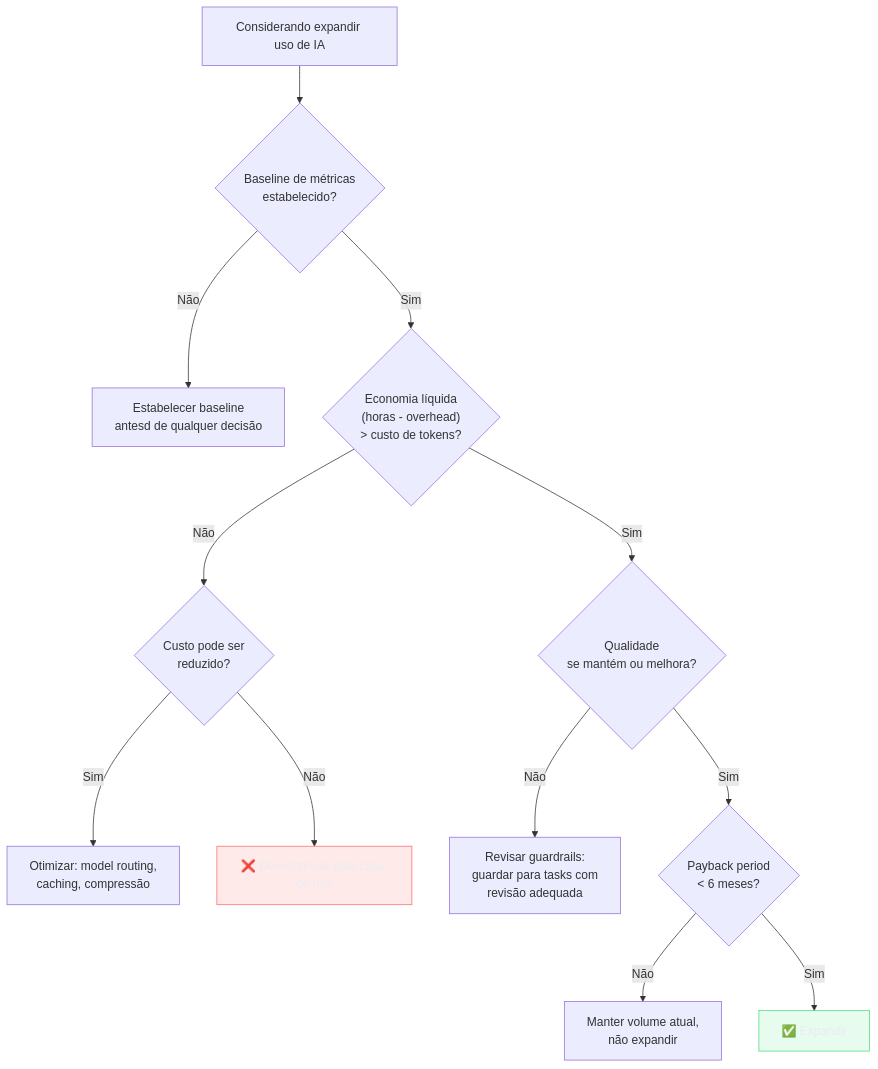
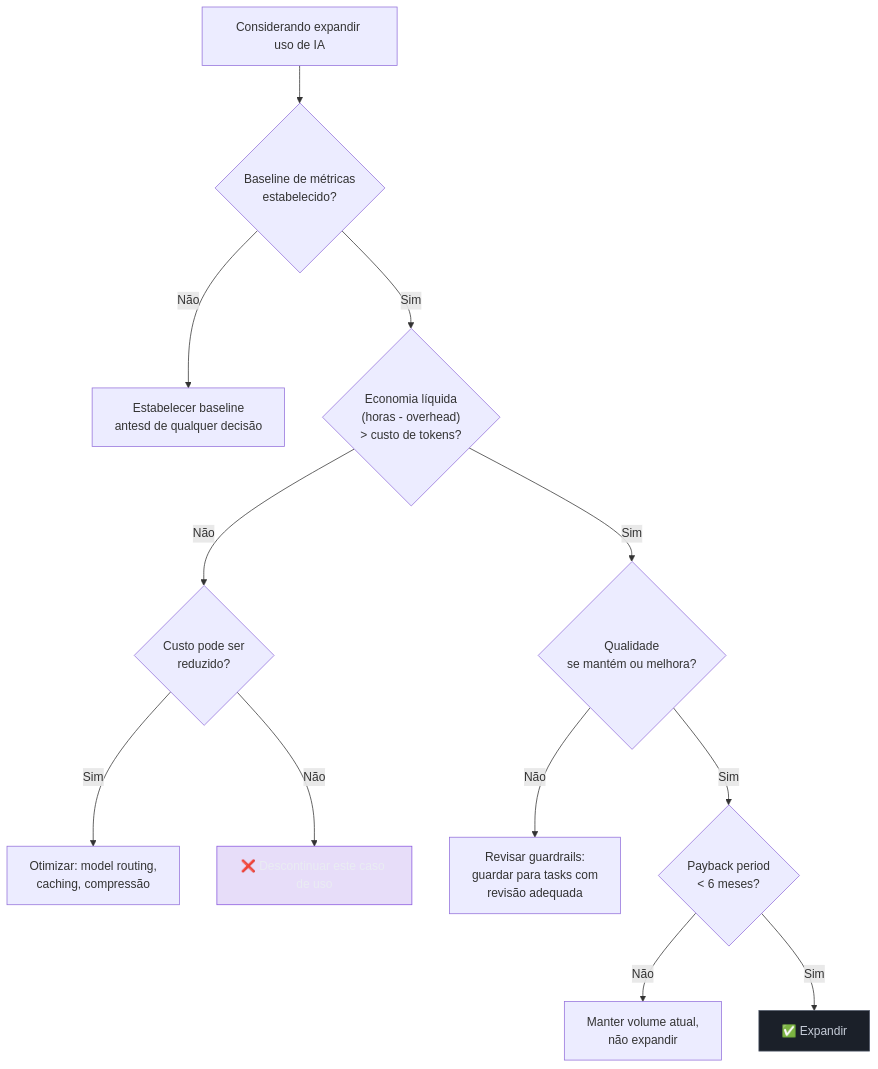
Before and after one commit to josenaldo/codex-technomanticus: the second of 2 diagrams in 03-Dominios/Tecnologia/IA/Economia de Tokens/17 - ROI de IA — quando o agente vale o custo.md, drawn with Mermaid. The commit also changed other lines of this file and 601 other files, not shown here.

````diff
--- a/03-Dominios/Tecnologia/IA/Economia de Tokens/17 - ROI de IA — quando o agente vale o custo.md
+++ b/03-Dominios/Tecnologia/IA/Economia de Tokens/17 - ROI de IA — quando o agente vale o custo.md
@@ -163,19 +163,19 @@
 ```mermaid
 flowchart TD
-    classDef ok fill:#4ADE8021,stroke:#4ADE80,color:#E9ECF2
-    classDef falha fill:#FF6B6B24,stroke:#FF6B6B,color:#E9ECF2
+    classDef marca fill:#8855DF33,stroke:#8855DF,color:#E9ECF2
+    classDef neutro fill:#1B2029,stroke:#4E5666,color:#C6CCD8
     A["Considerando expandir uso de IA"] --> B{"Baseline de métricas\nestabelecido?"}
     B -->|"Não"| C["Estabelecer baseline\nantesd de qualquer decisão"]
     B -->|"Sim"| D{"Economia líquida\n(horas - overhead)\n> custo de tokens?"}
     D -->|"Não"| E{"Custo pode ser\nreduzido?"}
     E -->|"Sim"| F["Otimizar: model routing,\ncaching, compressão"]
     E -->|"Não"| G["❌ Descontinuar este caso de uso"]
     D -->|"Sim"| H{"Qualidade\nse mantém ou melhora?"}
     H -->|"Não"| I["Revisar guardrails:\nguardar para tasks com\nrevisão adequada"]
     H -->|"Sim"| J{"Payback period\n< 6 meses?"}
     J -->|"Não"| K["Manter volume atual,\nnão expandir"]
     J -->|"Sim"| L["✅ Expandir"]
 
-    class L ok
-    class G falha
+    class L neutro
+    class G marca
 ```
````
